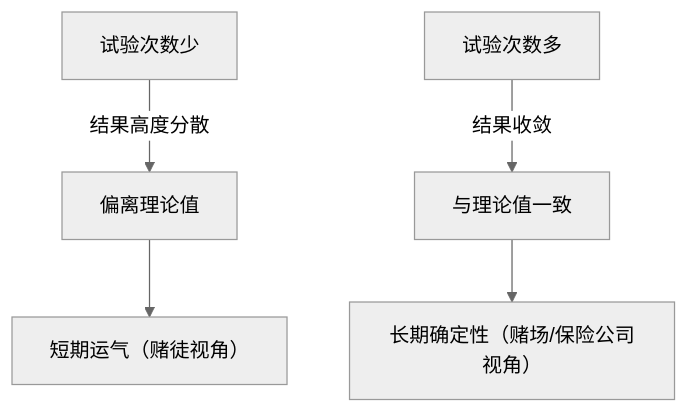
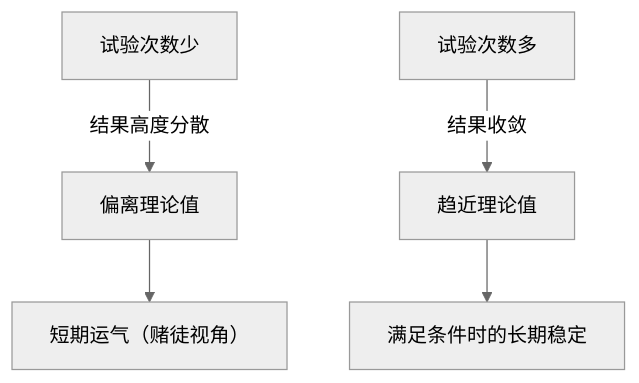
Before and after one commit to kenjinote/blog: the first of 2 diagrams in content/post/law-of-large-numbers/index.zh-cn.md, drawn with Mermaid (neutral theme). The commit also changed other lines of this file and 12 other files, not shown here.

````diff
--- a/content/post/law-of-large-numbers/index.zh-cn.md
+++ b/content/post/law-of-large-numbers/index.zh-cn.md
@@ -30,7 +30,7 @@
 ```mermaid
 graph TD
     A["试验次数少"] -->|"结果高度分散"| B["偏离理论值"]
-    C["试验次数多"] -->|"结果收敛"| D["与理论值一致"]
+    C["试验次数多"] -->|"结果收敛"| D["趋近理论值"]
     B --> E["短期运气（赌徒视角）"]
-    D --> F["长期确定性（赌场/保险公司视角）"]
+    D --> F["满足条件时的长期稳定"]
 ```
````
